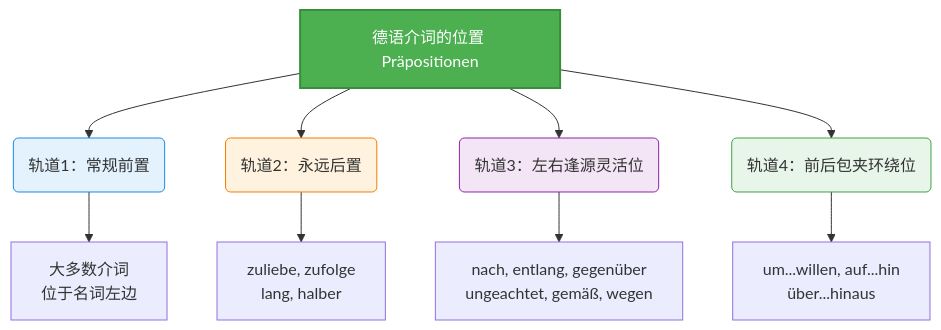
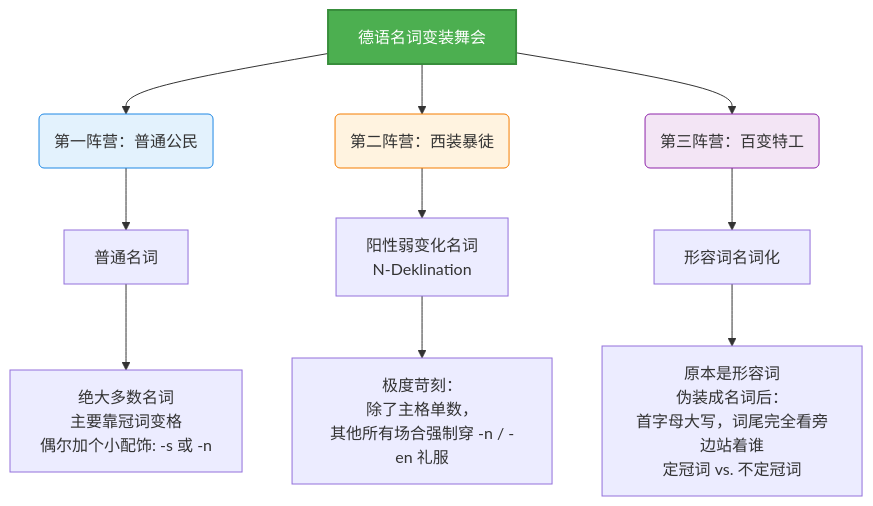
The diagram in 语言学习/德语/公共知识语法/1名词/三种名词变格形式.md (tanghaochen/Ideologie_und_Politik_obsidian), drawn with Mermaid before and after one commit. The commit also changed other lines of this file and 10 other files, not shown here.

````diff
--- a/语言学习/德语/公共知识语法/1名词/三种名词变格形式.md
+++ b/语言学习/德语/公共知识语法/1名词/三种名词变格形式.md
@@ -17,18 +13,20 @@
 ```mermaid
 graph TD
-    A[德语介词的位置 Präpositionen] --> B(轨道1：常规前置)
-    A --> C(轨道2：永远后置)
-    A --> D(轨道3：左右逢源灵活位)
-    A --> E(轨道4：前后包夹环绕位)
+    A[德语名词变装舞会] --> B(第一阵营：普通公民)
+    A --> C(第二阵营：西装暴徒)
+    A --> D(第三阵营：百变特工)
 
-    B --> B1[大多数介词<br>位于名词左边]
-    C --> C1[zuliebe, zufolge<br>lang, halber]
-    D --> D1[nach, entlang, gegenüber<br>ungeachtet, gemäß, wegen]
-    E --> E1[um...willen, auf...hin<br>über...hinaus]
+    B --> B1[普通名词]
+    B1 --> B2[绝大多数名词<br>主要靠冠词变格<br>偶尔加个小配饰: -s 或 -n]
+
+    C --> C1[阳性弱变化名词<br>N-Deklination]
+    C1 --> C2[极度苛刻：<br>除了主格单数，<br>其他所有场合强制穿 -n / -en 礼服]
+
+    D --> D1[形容词名词化]
+    D1 --> D2[原本是形容词<br>伪装成名词后：<br>首字母大写，词尾完全看旁边站着谁<br>定冠词 vs. 不定冠词]
     
     style A fill:#4CAF50,stroke:#388E3C,stroke-width:2px,color:#fff
     style B fill:#E3F2FD,stroke:#1E88E5
     style C fill:#FFF3E0,stroke:#F57C00
     style D fill:#F3E5F5,stroke:#8E24AA
-    style E fill:#E8F5E9,stroke:#43A047
 ```
````
